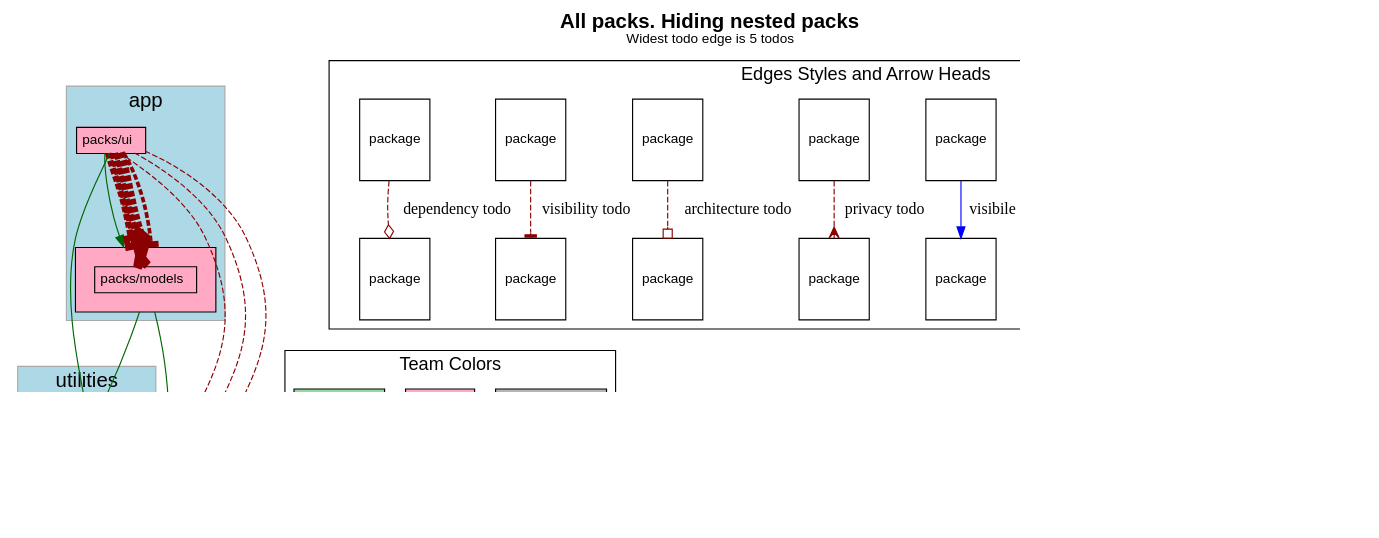
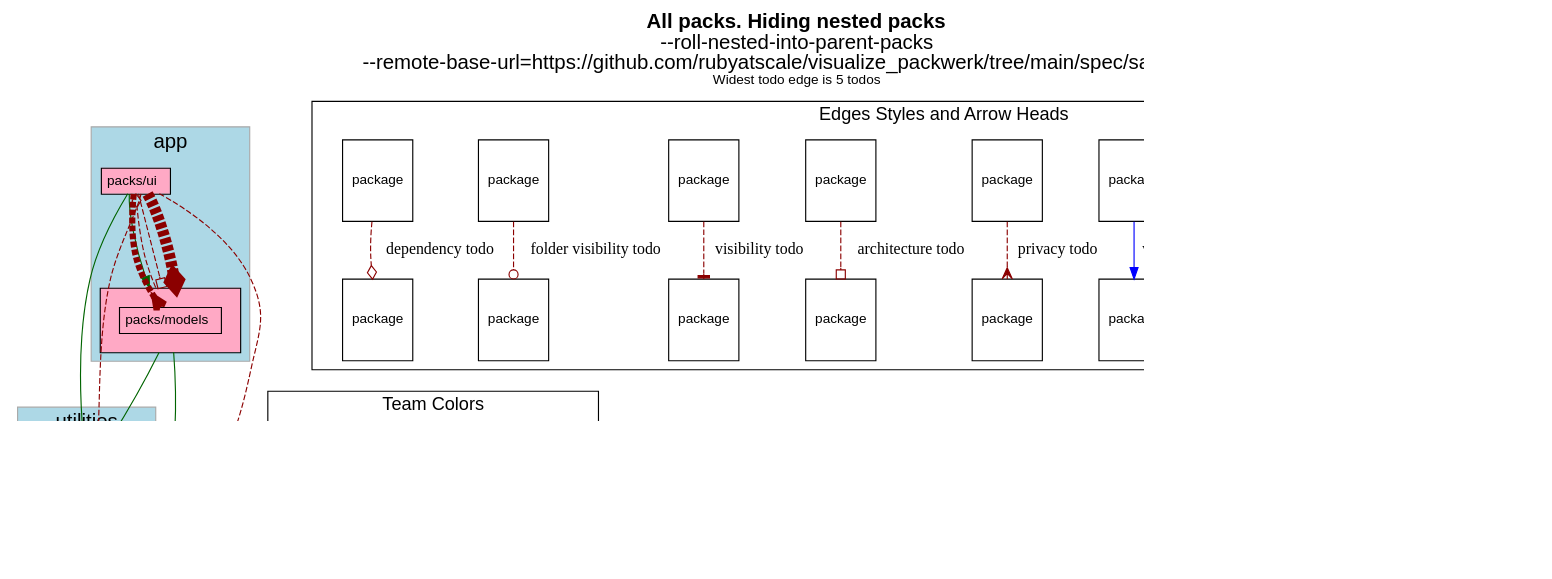
Before and after one commit to rubyatscale/visualize_packs: the diagram in spec/sample_app1/test_output/roll_nested_into_parent_packs.dot, drawn with Graphviz. The commit also changed 28 other files, not shown here.

First line of the commit message:
Folder visibility added (#58)

```diff
--- a/spec/sample_app1/test_output/roll_nested_into_parent_packs.dot
+++ b/spec/sample_app1/test_output/roll_nested_into_parent_packs.dot
@@ -1,200 +1,198 @@
 digraph package_diagram {
   rankdir=TD
   graph [
     labelloc="t"
     fontname="Helvetica,Arial,sans-serif"
     dpi=100
     layout=dot
-    label=<<b>All packs. Hiding nested packs</b><br/><font point-size='12'>Widest todo edge is 5 todos</font>>
+    label=<<b>All packs. Hiding nested packs</b><br/> --roll-nested-into-parent-packs<br/>--remote-base-url=https://github.com/rubyatscale/visualize_packwerk/tree/main/spec/sample_app<br/><font point-size='12'>Widest todo edge is 5 todos</font>>
     fontsize=18
   ]
   node [
     fontname="Helvetica,Arial,sans-serif"
     fontsize=26.0
     fontcolor=black
     fillcolor=white
     color=black
     height=1.0
     style=filled
     shape=plain
   ]
     subgraph app {
       shape=box
       color=darkgrey
       fillcolor=lightblue
       style=filled
         label="app"
         cluster=true
         rank = 0        "packs/models" [
             fontsize=12.0
               URL="https://github.com/rubyatscale/visualize_packwerk/tree/main/spec/sample_app/packs/models"
 
               style=filled
               fillcolor="#FFA9C5"
             label= <
                 <table border='0' cellborder='1' cellspacing='0' cellpadding='16'><tr><td>
                   <table border='0' cellborder='1' cellspacing='0' cellpadding='4'>
                     <tr> <td port='private'> packs/models </td> </tr>
                   </table>
                   </td></tr>
                   </table>
               >
           ]
         
         "packs/ui" [
             fontsize=12.0
               URL="https://github.com/rubyatscale/visualize_packwerk/tree/main/spec/sample_app/packs/ui"
 
               style=filled
               fillcolor="#FFA9C5"
             label= <
                 <table border='0' cellborder='1' cellspacing='0' cellpadding='4'>
                   <tr> <td align='left'> packs/ui </td> </tr>
                 </table>
               >
           ]
         
     }
     subgraph utilities {
       shape=box
       color=darkgrey
       fillcolor=lightblue
       style=filled
         label="utilities"
         cluster=true
         rank = 1        "packs/utility" [
             fontsize=12.0
               URL="https://github.com/rubyatscale/visualize_packwerk/tree/main/spec/sample_app/packs/utility"
 
               style=filled
               fillcolor="#91DBA0"
             label= <
                 <table border='0' cellborder='1' cellspacing='0' cellpadding='4'>
                   <tr> <td align='left'> packs/utility </td> </tr>
                   <tr><td CELLPADDING='1' ALIGN='RIGHT'>C: 1, D: 0, R: 1, T: 0</td></tr>
                 </table>
               >
           ]
         
     }
               "packs/models" -> "packs/utility" [ style=invis ]
               "packs/ui" -> "packs/utility" [ style=invis ]
     subgraph NotInLayer {
       shape=box
       color=darkgrey
       fillcolor=lightblue
       style=filled
         cluster=false
         "." [
             fontsize=12.0
               URL="https://github.com/rubyatscale/visualize_packwerk/tree/main/spec/sample_app/"
 
               style=filled
               fillcolor="#B5B4BD"
             label= <
                 <table border='0' cellborder='1' cellspacing='0' cellpadding='4'>
                   <tr> <td align='left'> . </td> </tr>
                 </table>
               >
           ]
         
     }
               "packs/utility" -> "." [ style=invis ]
           "packs/models" -> "packs/utility" [ color=darkgreen ]
           "packs/models" -> "." [ color=darkgreen ]
           "packs/ui" -> "packs/models" [ color=darkgreen ]
           "packs/ui" -> "packs/utility" [ color=darkgreen ]
-            "packs/ui" -> "." [
+            "packs/models" -> "packs/ui" [
                 constraint=false
               # headlabel="dependency"
 color=darkred style=dashed arrowhead=odiamond
               penwidth=1.0            ]
             "packs/ui" -> "." [
                 constraint=false
-              # headlabel="architecture"
-color=darkred style=dashed arrowhead=obox
+              # headlabel="folder_visibility"
+color=darkred style=dashed arrowhead=odot
               penwidth=1.0            ]
-            "packs/ui" -> "." [
+            "packs/ui" -> "packs/utility" [
                 constraint=false
               # headlabel="visibility"
 color=darkred style=dashed arrowhead=tee
+              penwidth=1.0            ]
+            "packs/ui" -> "packs/models" [
+                constraint=false
+              # headlabel="architecture"
+color=darkred style=dashed arrowhead=obox
               penwidth=1.0            ]
             "packs/ui" -> "packs/models" [
                 constraint=false
               # headlabel="dependency"
 color=darkred style=dashed arrowhead=odiamond
               penwidth=10.0            ]
             "packs/ui" -> "packs/models":private [
                 constraint=false
               # headlabel="privacy"
 color=darkred style=dashed arrowhead=crow
-              penwidth=7.75            ]
-            "packs/ui" -> "packs/models" [
-                constraint=false
-              # headlabel="architecture"
-color=darkred style=dashed arrowhead=obox
               penwidth=5.5            ]
-            "packs/ui" -> "packs/models" [
-                constraint=false
-              # headlabel="visibility"
-color=darkred style=dashed arrowhead=tee
-              penwidth=3.25            ]
     subgraph cluster_legend {
       fontsize=16
       label="Edges Styles and Arrow Heads"
       A [ fontsize=12 shape=box label="package"]
       B [ fontsize=12 shape=box label="package"]
       A -> B [label="accepted dependency" color=darkgreen]
-      K [ fontsize=12 shape=box label="package"]
-      L [ fontsize=12 shape=box label="package"]
-      K -> L [label="nested package" color=purple]
       M [ fontsize=12 shape=box label="package"]
       N [ fontsize=12 shape=box label="package"]
-      M -> N [label="visibile to" color=blue]
+      M -> N [label="nested package" color=purple]
+      O [ fontsize=12 shape=box label="package"]
+      P [ fontsize=12 shape=box label="package"]
+      O -> P [label="visibile to" color=blue]
       C [ fontsize=12 shape=box label="package"]
       D [ fontsize=12 shape=box label="package"]
       C -> D [label="privacy todo" color=darkred style=dashed arrowhead=crow]
       E [ fontsize=12 shape=box label="package"]
       F [ fontsize=12 shape=box label="package"]
       E -> F [label="architecture todo" color=darkred style=dashed arrowhead=obox]
       G [ fontsize=12 shape=box label="package"]
       H [ fontsize=12 shape=box label="package"]
       G -> H [label="visibility todo" color=darkred style=dashed arrowhead=tee]
       I [ fontsize=12 shape=box label="package"]
       J [ fontsize=12 shape=box label="package"]
-      I -> J [label="dependency todo" color=darkred style=dashed arrowhead=odiamond]
+      I -> J [label="folder visibility todo" color=darkred style=dashed arrowhead=odot]
+      K [ fontsize=12 shape=box label="package"]
+      L [ fontsize=12 shape=box label="package"]
+      K -> L [label="dependency todo" color=darkred style=dashed arrowhead=odiamond]
       LEGEND_NODE_1 [ label="" peripheries=0 height=0 width=0 style=invis ]
       LEGEND_NODE_2 [ label="" peripheries=0 height=0 width=0 style=invis ]
       LEGEND_NODE_1 -> LEGEND_NODE_2 [ style=invis ]
     }
   subgraph cluster_teams_legend {
     fontsize=16
     label="Team Colors"
 
       "ProdInfra TeamProdInfra Team" [
         label="ProdInfra Team"
         style=filled
         fillcolor="#B5B4BD"
         fontsize=12
         shape=box
       ]
 
       "UI TeamUI Team" [
         label="UI Team"
         style=filled
         fillcolor="#FFA9C5"
         fontsize=12
         shape=box
       ]
 
       "Utility TeamUtility Team" [
         label="Utility Team"
         style=filled
         fillcolor="#91DBA0"
         fontsize=12
         shape=box
       ]
 
   }
     LEGEND_NODE_2 -> "Utility TeamUtility Team" [style=invis]
 }
```
